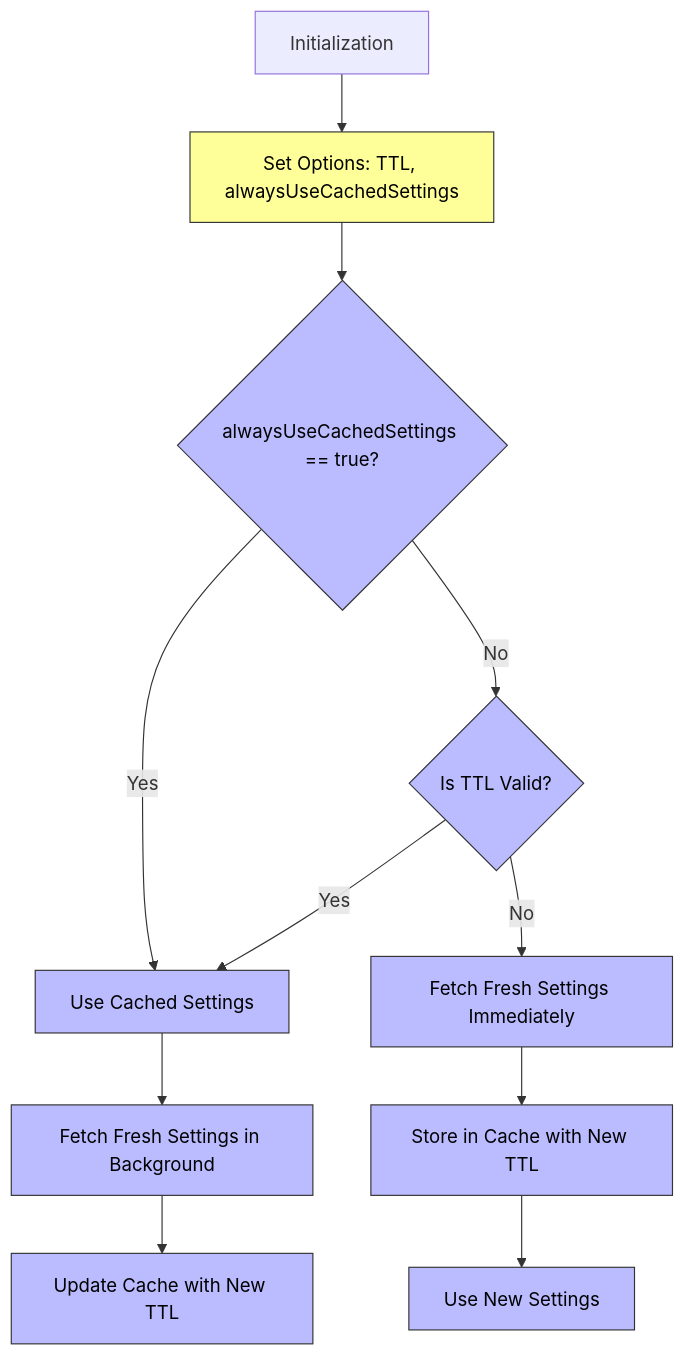
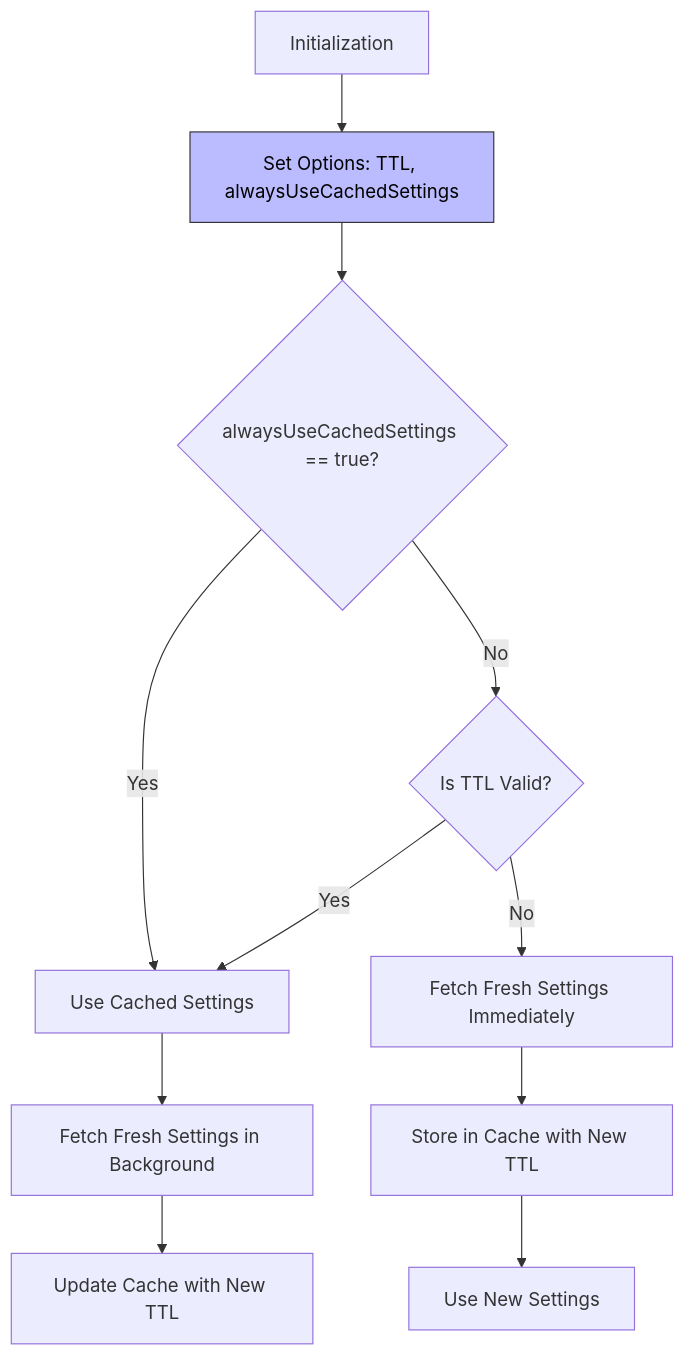
The diagram in docs/SDK Reference/mobile-sdks/fme-javascript/cache-settings.md (wingify/readme-central), drawn with Mermaid before and after one commit.

Commit message:
Update doc `cache-settings`

````diff
--- a/docs/SDK Reference/mobile-sdks/fme-javascript/cache-settings.md
+++ b/docs/SDK Reference/mobile-sdks/fme-javascript/cache-settings.md
@@ -128,26 +128,24 @@
 ```mermaid
 flowchart TD
     A[Initialization] --> B[Set Options: TTL, alwaysUseCachedSettings]
     B --> C{alwaysUseCachedSettings == true?}
 
     %% If alwaysUseCachedSettings is true
     C -->|Yes| D[Use Cached Settings]
     D --> E[Fetch Fresh Settings in Background]
     E --> F[Update Cache with New TTL]
     
     %% If alwaysUseCachedSettings is false
     C -->|No| G{Is TTL Valid?}
 
     G -->|Yes| D[Use Cached Settings]
     
     G -->|No| K[Fetch Fresh Settings Immediately]
     K --> L[Store in Cache with New TTL]
     L --> M[Use New Settings]
 
-    classDef init fill:#ff9,stroke:#333,stroke-width:1px,color:#000;
+    classDef init fill:#bbf,stroke:#333,stroke-width:1px,color:#000;
     class B init;
 
-    classDef logic fill:#bbf,stroke:#333,stroke-width:1px,color:#000;
-    class C,D,E,F,G,H,I,J,K,L,M logic;
 
 ```
````
